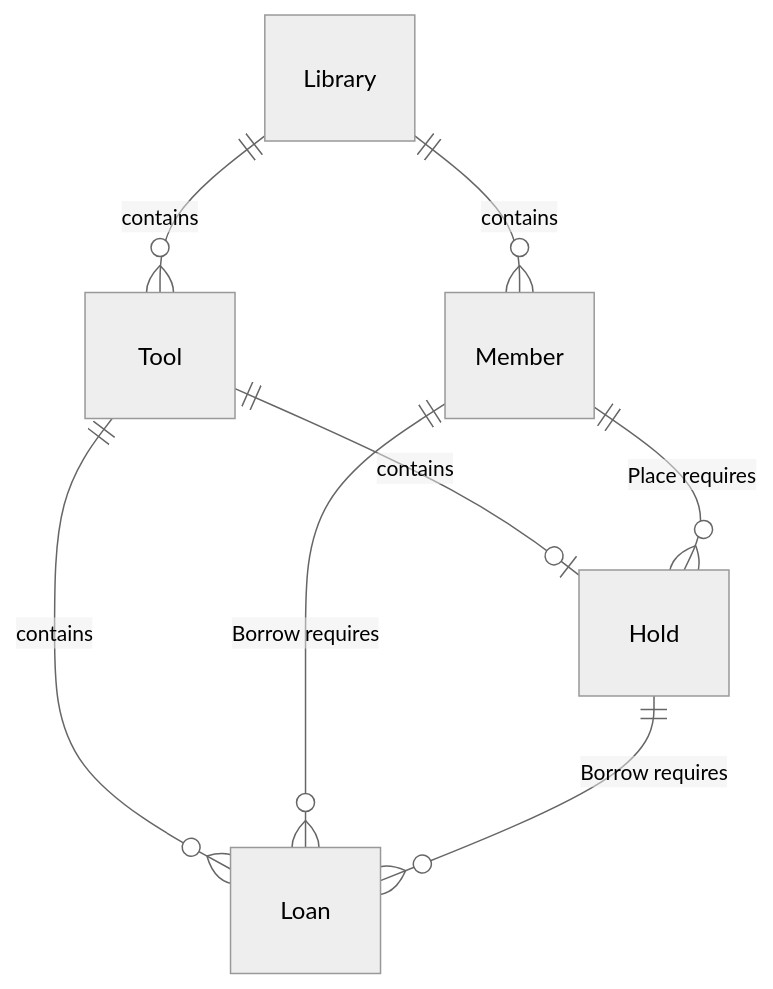
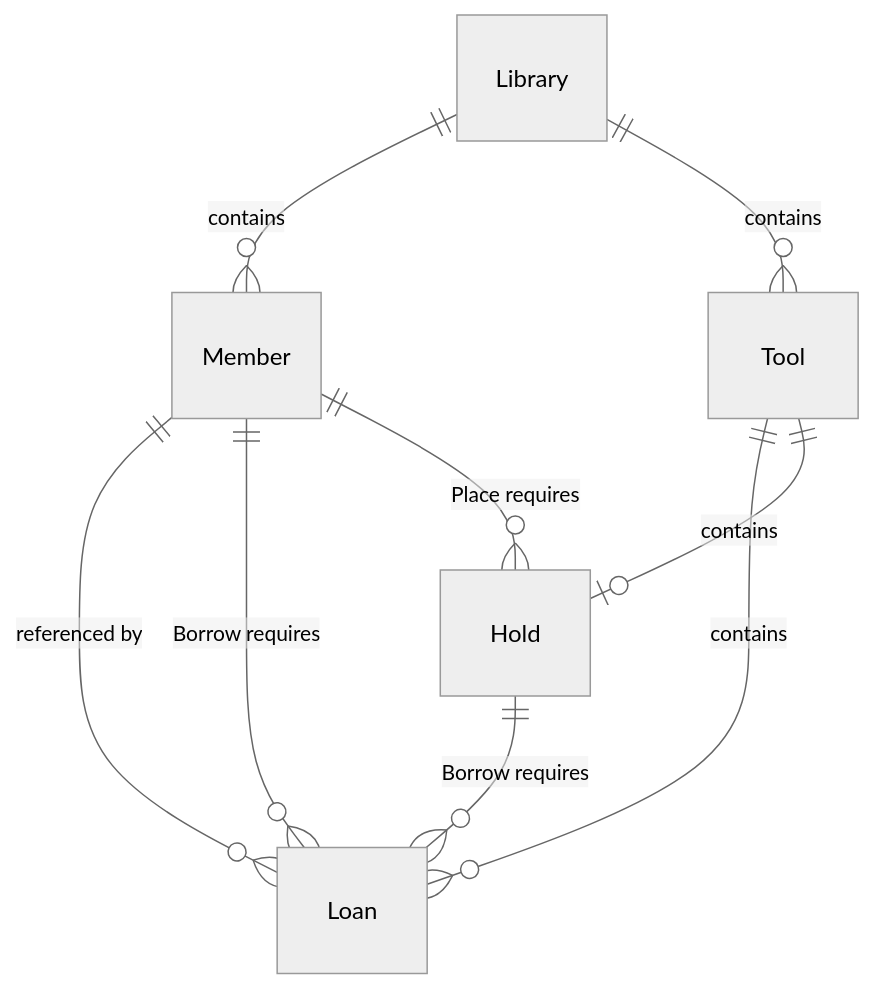
One commit to nicklanng/dynago changed the first of 11 diagrams in examples/toollibrary/toollibrary.model.md. Above: the diagram before and after it, drawn with Mermaid (neutral theme). The commit also changed other lines of this file and 41 other files, not shown here.

````diff
--- a/examples/toollibrary/toollibrary.model.md
+++ b/examples/toollibrary/toollibrary.model.md
@@ -45,10 +41,11 @@
 ```mermaid
 erDiagram
   Library ||--o{ Member : "contains"
   Library ||--o{ Tool : "contains"
   Tool ||--o{ Loan : "contains"
   Tool ||--o| Hold : "contains"
+  Member ||--o{ Loan : "referenced by"
   Member ||--o{ Loan : "Borrow requires"
   Hold ||--o{ Loan : "Borrow requires"
   Member ||--o{ Hold : "Place requires"
 ```
````
